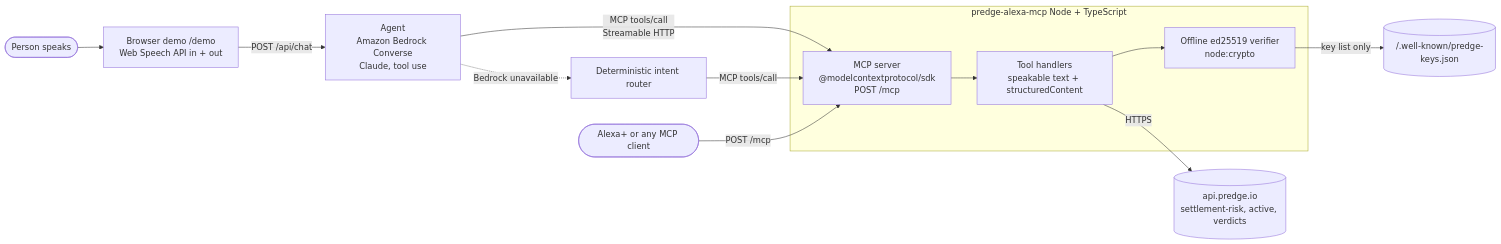
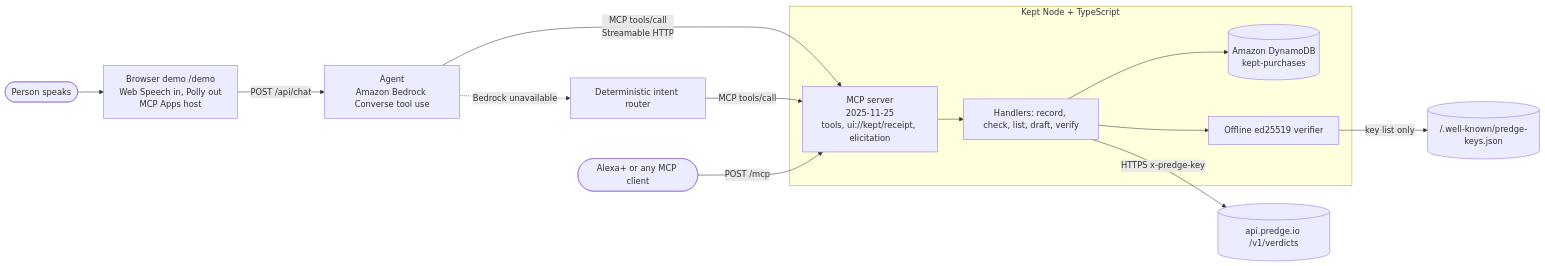
The diagram in README.md (predgeAI/predge-alexa-mcp), drawn with Mermaid before and after one commit. The commit also changed other lines of this file and 21 other files, not shown here.

Commit message:
Kept: record purchases, check confirmations, signed verdicts, draft refunds with human approval

````diff
--- a/README.md
+++ b/README.md
@@ -20,15 +31,16 @@
 ```mermaid
 flowchart LR
-  U([Person speaks]) --> B[Browser demo /demo<br/>Web Speech API in + out]
-  B -->|POST /api/chat| A[Agent<br/>Amazon Bedrock Converse<br/>Claude, tool use]
+  U([Person speaks]) --> B[Browser demo /demo<br/>Web Speech in, Polly out<br/>MCP Apps host]
+  B -->|POST /api/chat| A[Agent<br/>Amazon Bedrock Converse tool use]
   A -.->|Bedrock unavailable| R[Deterministic intent router]
   A -->|MCP tools/call<br/>Streamable HTTP| M
   R -->|MCP tools/call| M
   X([Alexa+ or any MCP client]) -->|POST /mcp| M
-  subgraph S[predge-alexa-mcp  Node + TypeScript]
-    M[MCP server<br/>@modelcontextprotocol/sdk<br/>POST /mcp] --> T[Tool handlers<br/>speakable text + structuredContent]
-    T --> V[Offline ed25519 verifier<br/>node:crypto]
+  subgraph S[Kept  Node + TypeScript]
+    M[MCP server<br/>2025-11-25<br/>tools, ui://kept/receipt, elicitation] --> T[Handlers: record, check, list, draft, verify]
+    T --> D[(Amazon DynamoDB<br/>kept-purchases)]
+    T --> V[Offline ed25519 verifier]
   end
-  T -->|HTTPS| P[(api.predge.io<br/>settlement-risk, active, verdicts)]
+  T -->|HTTPS x-predge-key| P[(api.predge.io /v1/verdicts)]
   V -->|key list only| K[(/.well-known/predge-keys.json)]
 ```
````
